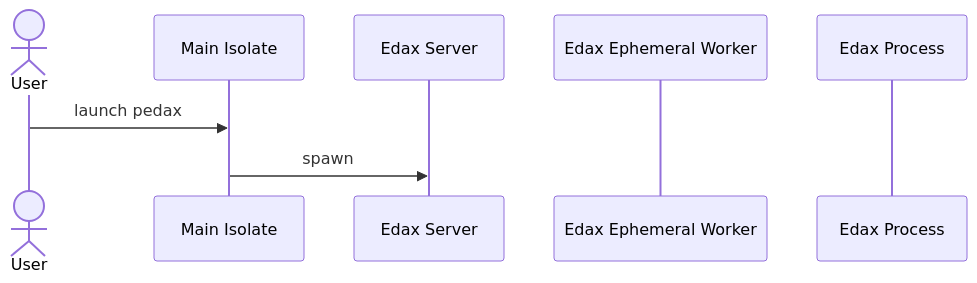
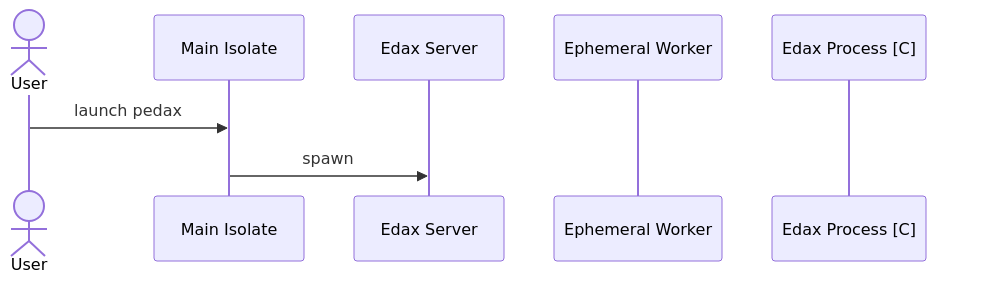
One commit to sensuikan1973/pedax changed the diagram in README.md. Above: the diagram before and after it, drawn with Mermaid.

````diff
--- a/README.md
+++ b/README.md
@@ -50,14 +50,20 @@
 ```mermaid
 %% https://mermaid-js.github.io/mermaid/#/sequenceDiagram
 sequenceDiagram
   actor User
-  participant Main Isolate
-  participant Edax Server
-  participant Edax Ephemeral Worker
-  participant Edax Process
 
-  User ->> Main Isolate : launch pedax
-  Main Isolate ->> Edax Server: spawn
+  participant MainIsolate as Main Isolate
+  participant EdaxServer as Edax Server
+  participant EphemeralWorker as Ephemeral Worker
+  participant EdaxProcess as Edax Process [C]
+
+  link EdaxServer: source @ https://github.com/sensuikan1973/pedax/tree/main/lib/engine
+  link EphemeralWorker: source @ https://github.com/sensuikan1973/pedax/tree/main/lib/engine
+  link EdaxProcess: binding source (Dart) @ https://github.com/sensuikan1973/libedax4dart
+  link EdaxProcess: origin source(C) @ https://github.com/sensuikan1973/edax-reversi/tree/libedax_sensuikan1973
+
+  User ->> MainIsolate: launch pedax
+  MainIsolate ->> EdaxServer: spawn
 
   %% TODO: write
 ```
````
